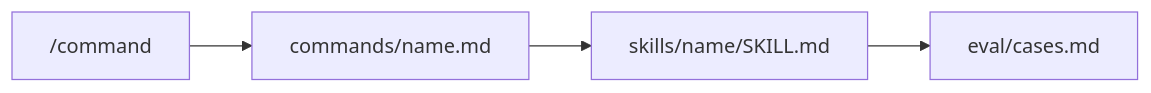
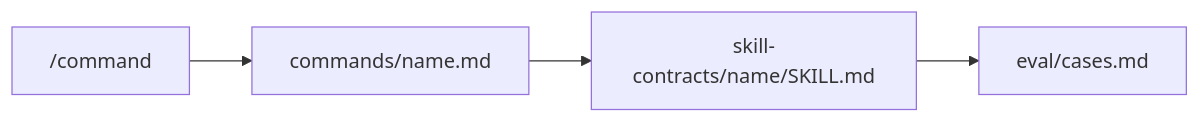
Before and after one commit to emaraschio/cursor-commands: the diagram in README.md, drawn with Mermaid. The commit also changed other lines of this file and 419 other files, not shown here.

First line of the commit message:
fix(plugin): move workflow bodies to skill-contracts to stop duplicate / menu rows

````diff
--- a/README.md
+++ b/README.md
@@ -82,6 +82,6 @@
 ```mermaid
 flowchart LR
   slash["/command"] --> cmd["commands/name.md"]
-  cmd --> skill["skills/name/SKILL.md"]
+  cmd --> skill["skill-contracts/name/SKILL.md"]
   skill --> eval["eval/cases.md"]
 ```
````
